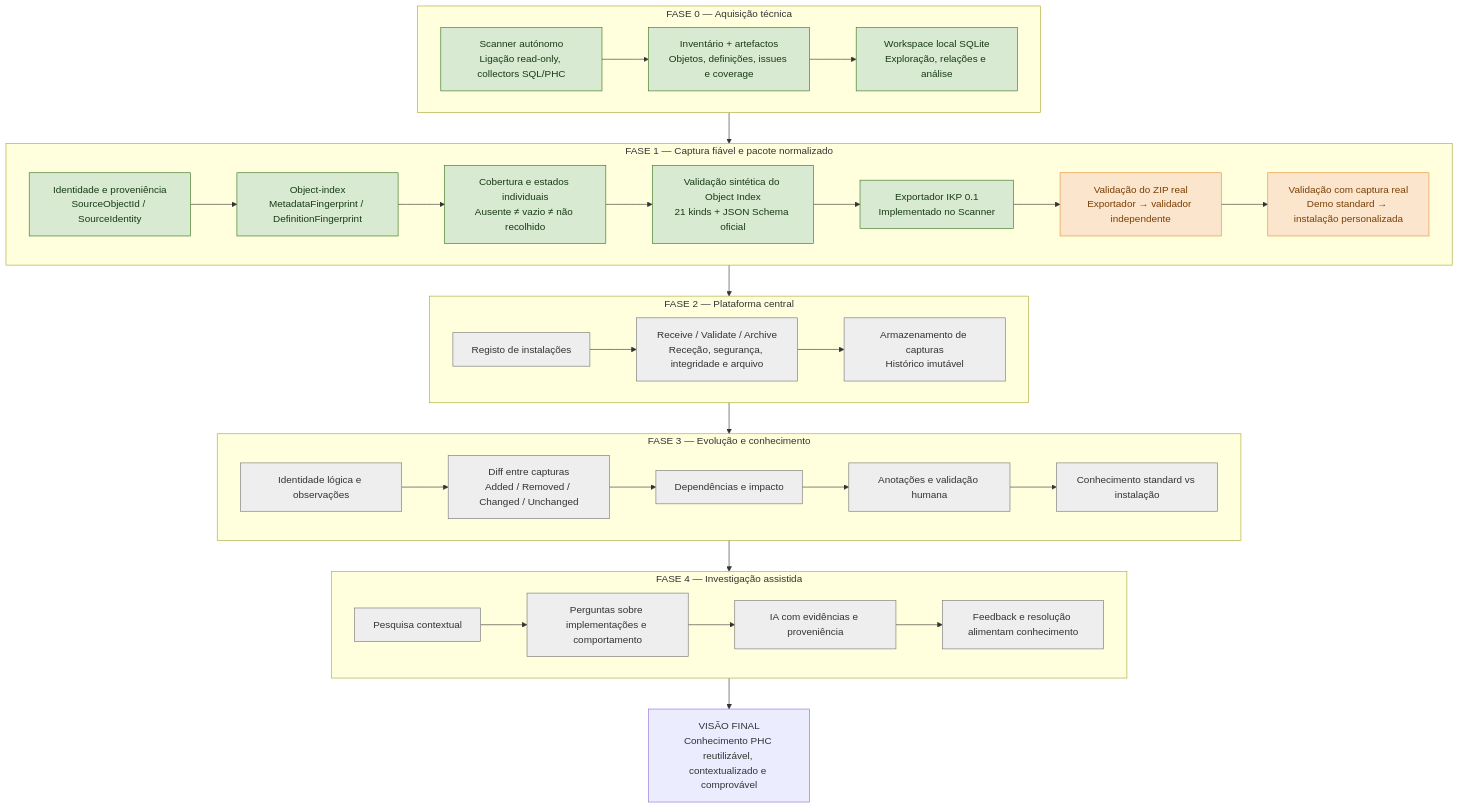
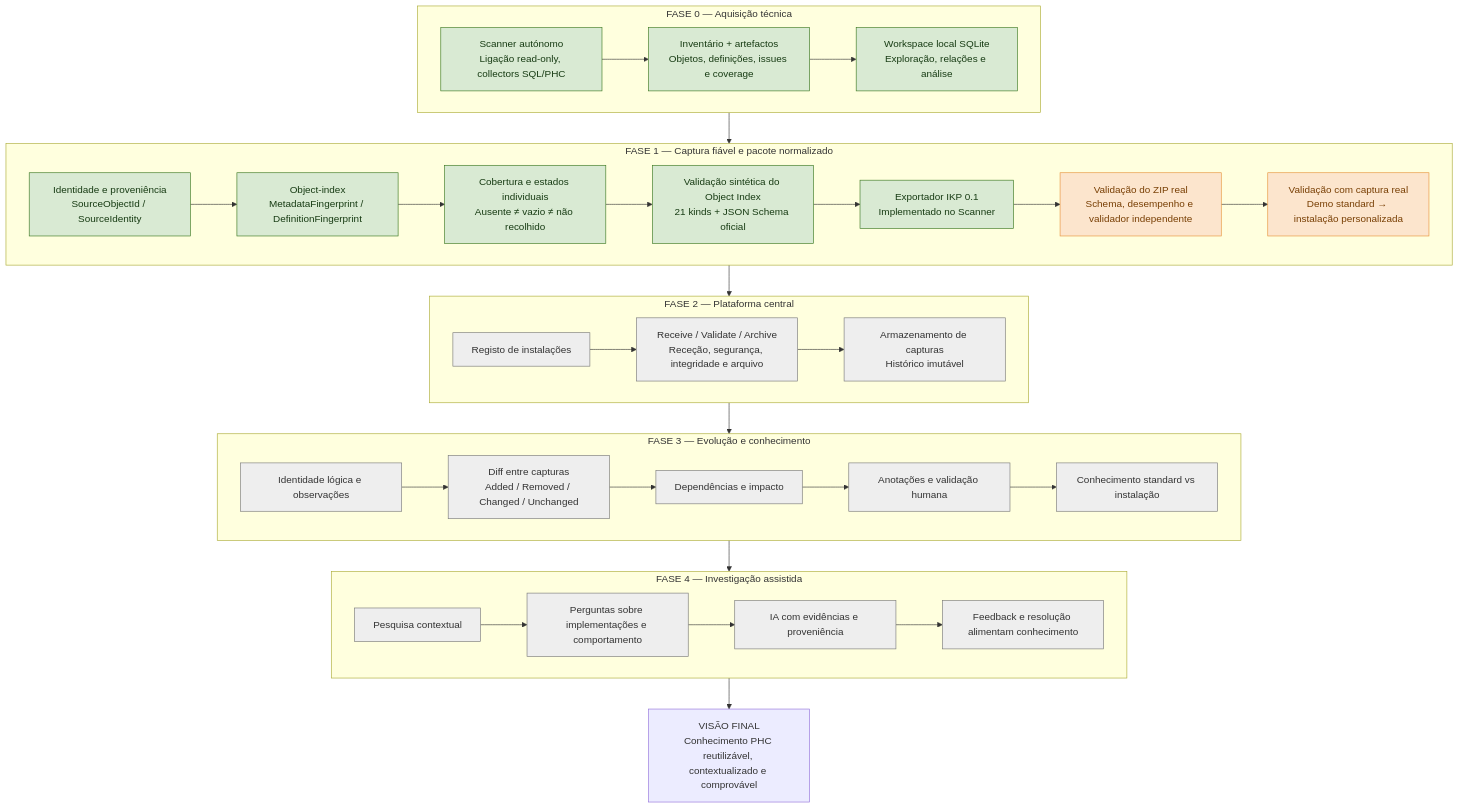
The diagram in docs/architecture/roadmap-visual-phc-knowledge-2026-11-06.md (Jhouinho/PhcKnowledge), drawn with Mermaid before and after one commit. The commit also changed other lines of this file, not shown here.

Commit message:
docs(architecture): atualizar roadmap com decisão de desempenho IKP

````diff
--- a/docs/architecture/roadmap-visual-phc-knowledge-2026-11-06.md
+++ b/docs/architecture/roadmap-visual-phc-knowledge-2026-11-06.md
@@ -29,63 +29,63 @@
 ```mermaid
 flowchart TB
     V["VISÃO FINAL<br/>Conhecimento PHC reutilizável, contextualizado e comprovável"]
 
     subgraph P0["FASE 0 — Aquisição técnica"]
       A1["Scanner autónomo<br/>Ligação read-only, collectors SQL/PHC"]
       A2["Inventário + artefactos<br/>Objetos, definições, issues e coverage"]
       A3["Workspace local SQLite<br/>Exploração, relações e análise"]
       A1 --> A2 --> A3
     end
 
     subgraph P1["FASE 1 — Captura fiável e pacote normalizado"]
       B1["Identidade e proveniência<br/>SourceObjectId / SourceIdentity"]
       B2["Object-index<br/>MetadataFingerprint / DefinitionFingerprint"]
       B3["Cobertura e estados individuais<br/>Ausente ≠ vazio ≠ não recolhido"]
       B4["Validação sintética do Object Index<br/>21 kinds + JSON Schema oficial"]
       B5["Exportador IKP 0.1<br/>Implementado no Scanner"]
-      B6["Validação do ZIP real<br/>Exportador → validador independente"]
+      B6["Validação do ZIP real<br/>Schema, desempenho e validador independente"]
       B7["Validação com captura real<br/>Demo standard → instalação personalizada"]
       B1 --> B2
       B2 --> B3
       B3 --> B4 --> B5 --> B6 --> B7
     end
 
     subgraph P2["FASE 2 — Plataforma central"]
       C1["Registo de instalações"]
       C2["Receive / Validate / Archive<br/>Receção, segurança, integridade e arquivo"]
       C3["Armazenamento de capturas<br/>Histórico imutável"]
       C1 --> C2 --> C3
     end
 
     subgraph P3["FASE 3 — Evolução e conhecimento"]
       D1["Identidade lógica e observações"]
       D2["Diff entre capturas<br/>Added / Removed / Changed / Unchanged"]
       D3["Dependências e impacto"]
       D4["Anotações e validação humana"]
       D5["Conhecimento standard vs instalação"]
       D1 --> D2 --> D3
       D3 --> D4 --> D5
     end
 
     subgraph P4["FASE 4 — Investigação assistida"]
       E1["Pesquisa contextual"]
       E2["Perguntas sobre implementações e comportamento"]
       E3["IA com evidências e proveniência"]
       E4["Feedback e resolução alimentam conhecimento"]
       E1 --> E2 --> E3 --> E4
     end
 
     V
     P0 --> P1 --> P2 --> P3 --> P4 --> V
 
     classDef done fill:#d9ead3,stroke:#38761d,color:#173b13
     classDef progress fill:#fff2cc,stroke:#bf9000,color:#5b4300
     classDef pending fill:#eeeeee,stroke:#777,color:#333
     classDef validation fill:#fce5cd,stroke:#e69138,color:#783f04
 
     class A1,A2,A3 done
     class B1,B2,B3,B4 done
     class B5 done
     class B6,B7 validation
     class C1,C2,C3,D1,D2,D3,D4,D5,E1,E2,E3,E4 pending
 ```
````
